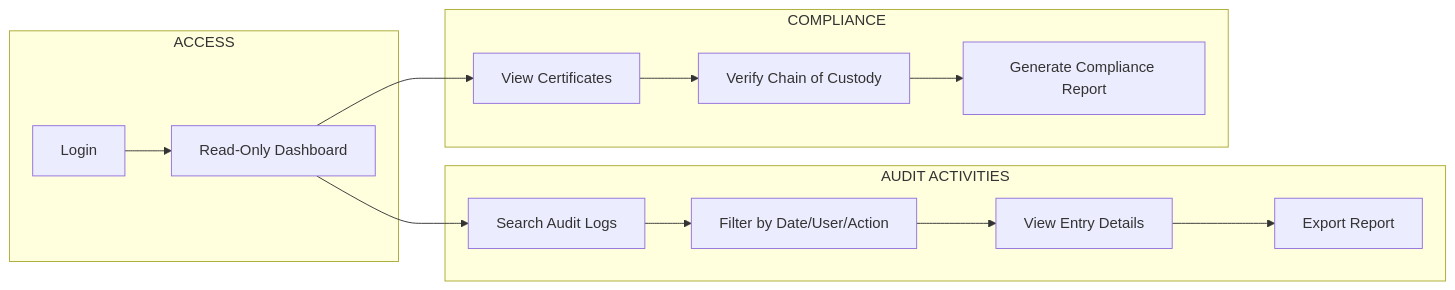
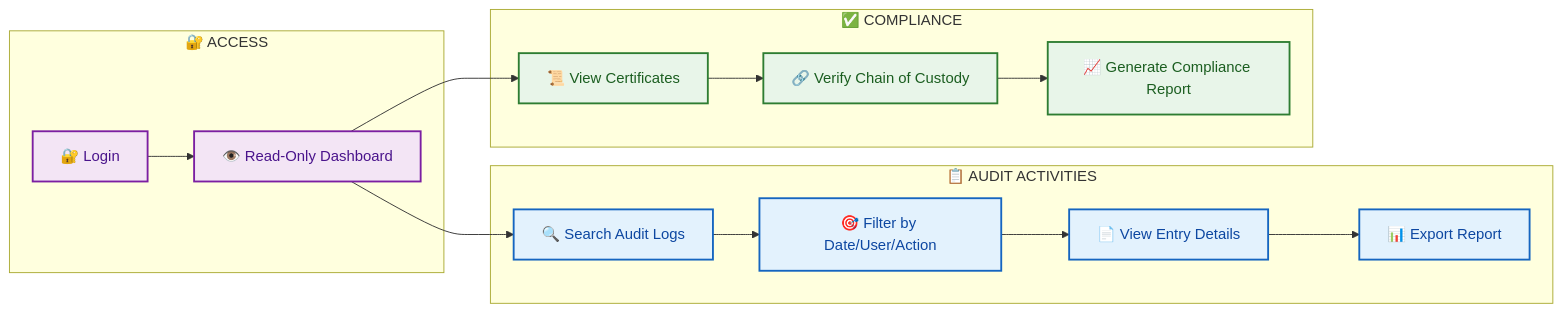
Before and after one commit to nugehs/ai-reclaim-m0: the fifth of 8 diagrams in docs/USER-FLOWS.md, drawn with Mermaid. The commit also changed other lines of this file and 12 other files, not shown here.

````diff
--- a/docs/USER-FLOWS.md
+++ b/docs/USER-FLOWS.md
@@ -145,19 +229,28 @@
 ```mermaid
 flowchart LR
-    subgraph "ACCESS"
-        A1[Login] --> A2[Read-Only Dashboard]
+    subgraph ACCESS["🔐 ACCESS"]
+        A1[🔐 Login] --> A2[👁️ Read-Only Dashboard]
     end
 
-    subgraph "AUDIT ACTIVITIES"
-        A2 --> B1[Search Audit Logs]
-        B1 --> B2[Filter by Date/User/Action]
-        B2 --> B3[View Entry Details]
-        B3 --> B4[Export Report]
+    subgraph AUDIT["📋 AUDIT ACTIVITIES"]
+        A2 --> B1[🔍 Search Audit Logs]
+        B1 --> B2[🎯 Filter by Date/User/Action]
+        B2 --> B3[📄 View Entry Details]
+        B3 --> B4[📊 Export Report]
     end
 
-    subgraph "COMPLIANCE"
-        A2 --> C1[View Certificates]
-        C1 --> C2[Verify Chain of Custody]
-        C2 --> C3[Generate Compliance Report]
+    subgraph COMPLY["✅ COMPLIANCE"]
+        A2 --> C1[📜 View Certificates]
+        C1 --> C2[🔗 Verify Chain of Custody]
+        C2 --> C3[📈 Generate Compliance Report]
     end
+
+    %% Styling
+    classDef accessStyle fill:#f3e5f5,stroke:#7b1fa2,stroke-width:2px,color:#4a148c
+    classDef auditStyle fill:#e3f2fd,stroke:#1565c0,stroke-width:2px,color:#0d47a1
+    classDef complyStyle fill:#e8f5e9,stroke:#2e7d32,stroke-width:2px,color:#1b5e20
+
+    class A1,A2 accessStyle
+    class B1,B2,B3,B4 auditStyle
+    class C1,C2,C3 complyStyle
 ```
````
